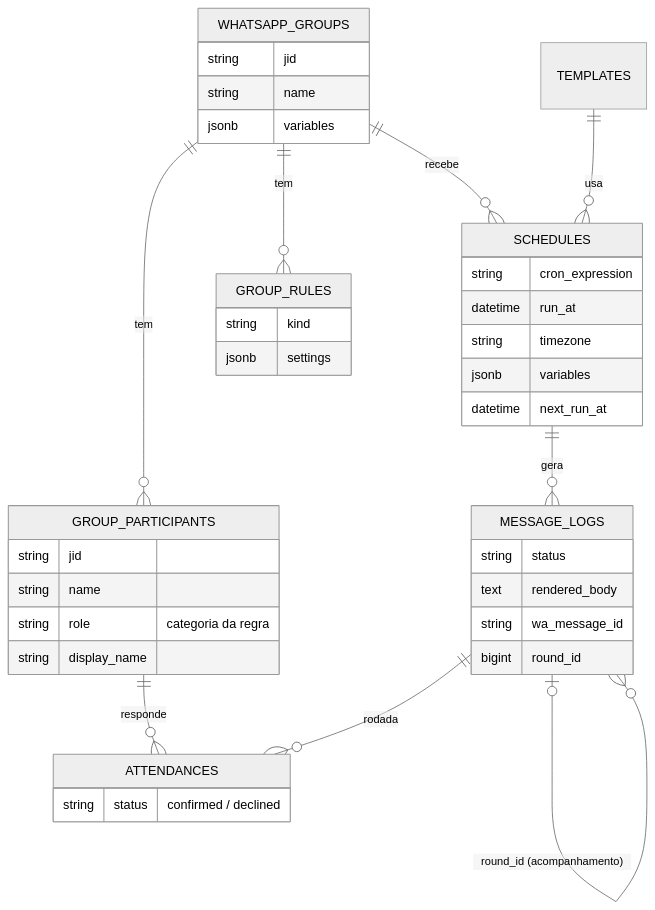
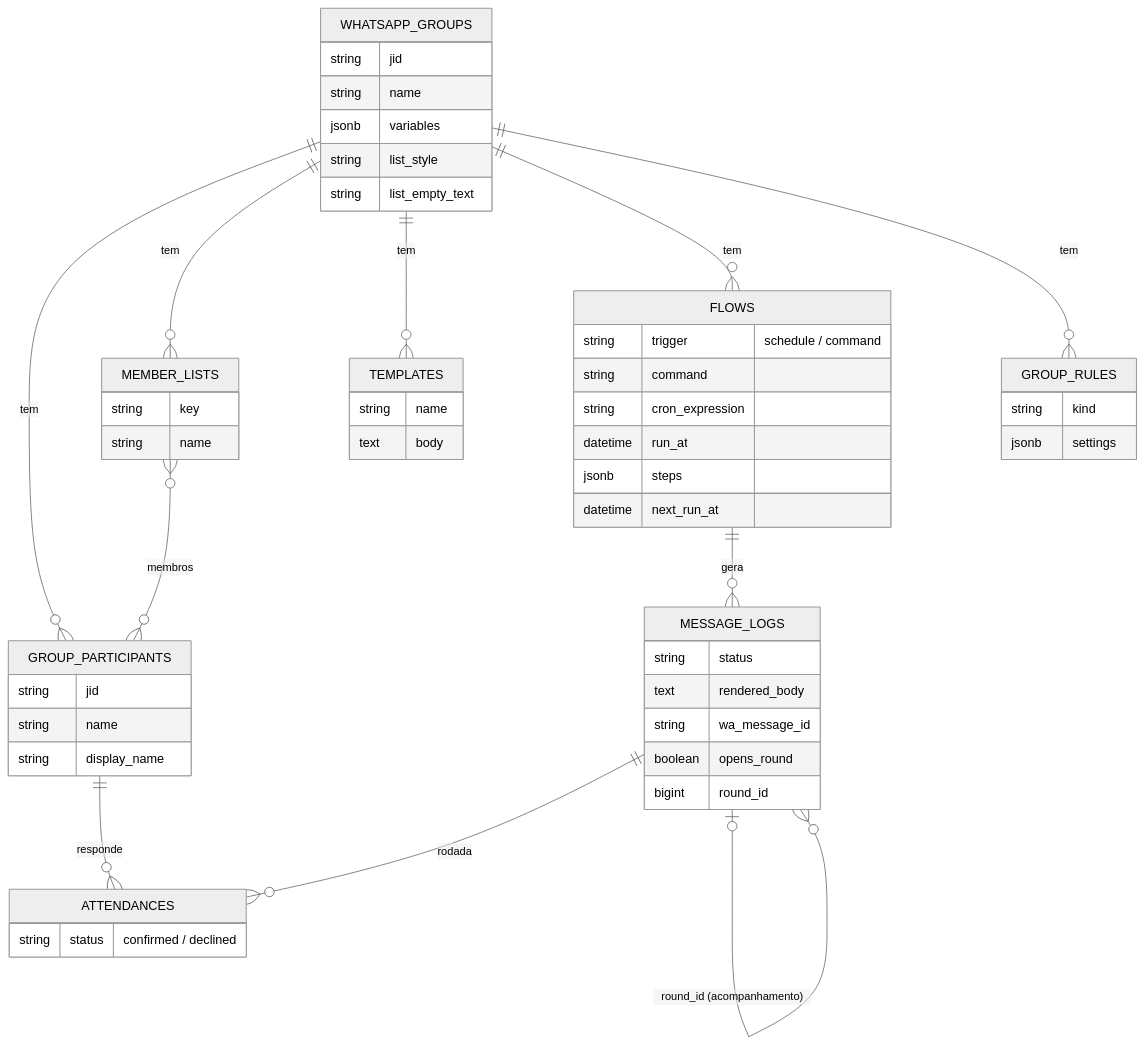
One commit to caiovitorsantos/cynthia changed the fourth of 4 diagrams in README.md. Above: the diagram before and after it, drawn with Mermaid (neutral theme). The commit also changed other lines of this file and 58 other files, not shown here.

````diff
--- a/README.md
+++ b/README.md
@@ -179,18 +186,22 @@
 ```mermaid
 erDiagram
     WHATSAPP_GROUPS ||--o{ GROUP_PARTICIPANTS : tem
+    WHATSAPP_GROUPS ||--o{ MEMBER_LISTS : tem
+    MEMBER_LISTS }o--o{ GROUP_PARTICIPANTS : "membros"
+    WHATSAPP_GROUPS ||--o{ TEMPLATES : tem
+    WHATSAPP_GROUPS ||--o{ FLOWS : tem
     WHATSAPP_GROUPS ||--o{ GROUP_RULES : tem
-    WHATSAPP_GROUPS ||--o{ SCHEDULES : recebe
-    TEMPLATES ||--o{ SCHEDULES : usa
-    SCHEDULES ||--o{ MESSAGE_LOGS : gera
+    FLOWS ||--o{ MESSAGE_LOGS : gera
     MESSAGE_LOGS ||--o{ ATTENDANCES : "rodada"
     MESSAGE_LOGS |o--o{ MESSAGE_LOGS : "round_id (acompanhamento)"
     GROUP_PARTICIPANTS ||--o{ ATTENDANCES : responde
 
-    WHATSAPP_GROUPS { string jid string name jsonb variables }
-    GROUP_PARTICIPANTS { string jid string name string role "categoria da regra" string display_name }
+    WHATSAPP_GROUPS { string jid string name jsonb variables string list_style string list_empty_text }
+    GROUP_PARTICIPANTS { string jid string name string display_name }
+    MEMBER_LISTS { string key string name }
+    TEMPLATES { string name text body }
+    FLOWS { string trigger "schedule / command" string command string cron_expression datetime run_at jsonb steps datetime next_run_at }
     GROUP_RULES { string kind jsonb settings }
-    SCHEDULES { string cron_expression datetime run_at string timezone jsonb variables datetime next_run_at }
-    MESSAGE_LOGS { string status text rendered_body string wa_message_id bigint round_id }
+    MESSAGE_LOGS { string status text rendered_body string wa_message_id boolean opens_round bigint round_id }
     ATTENDANCES { string status "confirmed / declined" }
 ```
````
